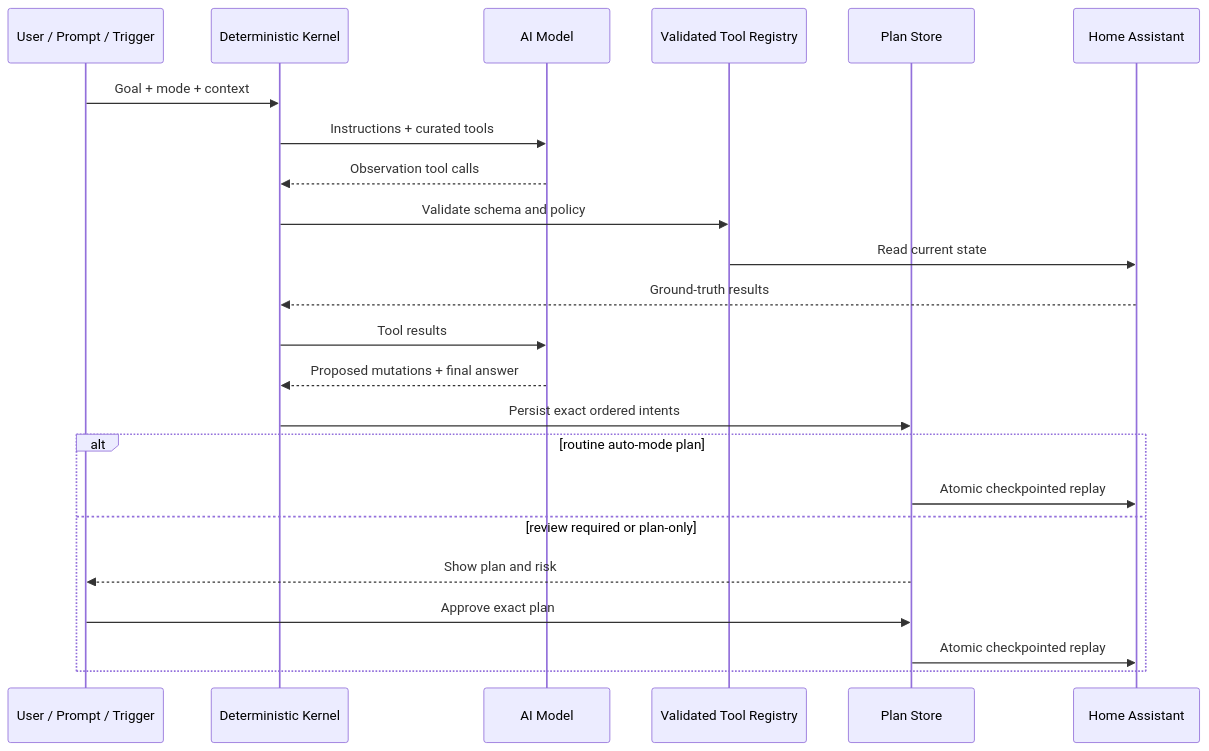
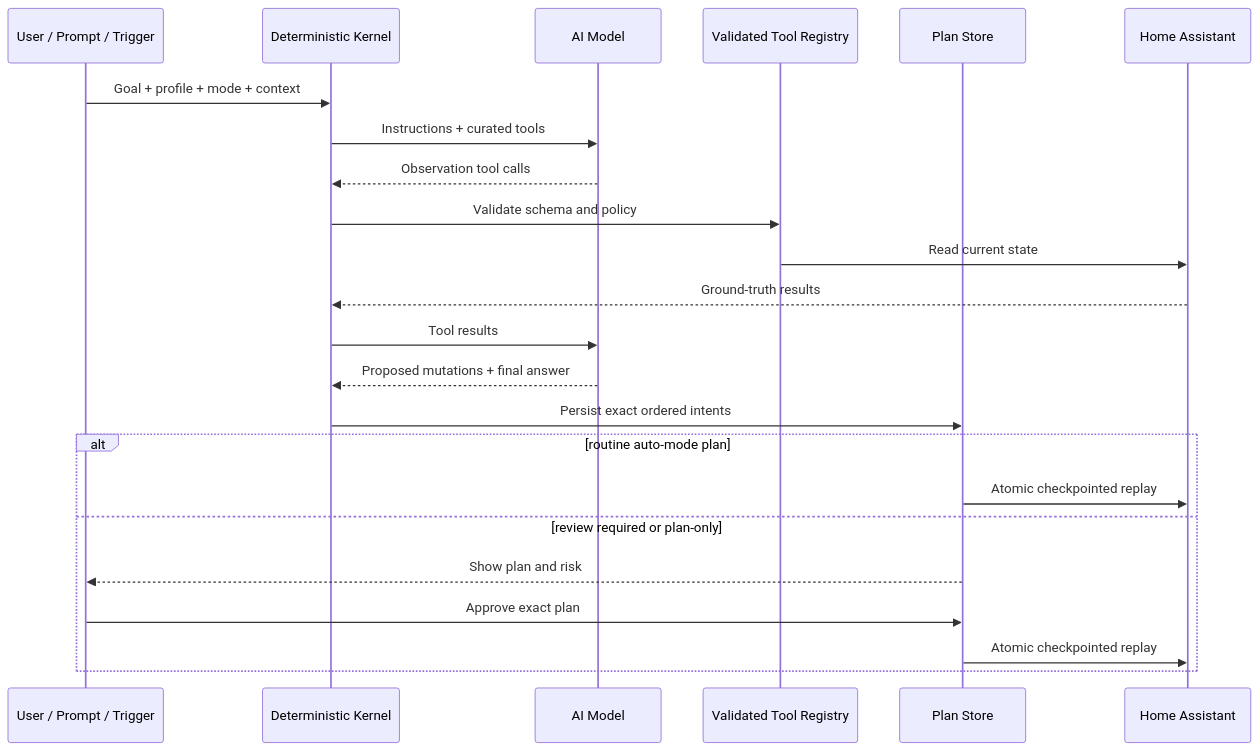
Before and after one commit to ITSpecialist111/HASS-AI-Orchestrator: the first of 2 diagrams in README.md, drawn with Mermaid. The commit also changed other lines of this file and 50 other files, not shown here.

````diff
--- a/README.md
+++ b/README.md
@@ -196,26 +193,26 @@
 ```mermaid
 sequenceDiagram
     participant U as User / Prompt / Trigger
     participant K as Deterministic Kernel
     participant M as AI Model
     participant T as Validated Tool Registry
     participant P as Plan Store
     participant H as Home Assistant
 
-    U->>K: Goal + mode + context
+    U->>K: Goal + profile + mode + context
     K->>M: Instructions + curated tools
     M-->>K: Observation tool calls
     K->>T: Validate schema and policy
     T->>H: Read current state
     H-->>K: Ground-truth results
     K->>M: Tool results
     M-->>K: Proposed mutations + final answer
     K->>P: Persist exact ordered intents
     alt routine auto-mode plan
         P->>H: Atomic checkpointed replay
     else review required or plan-only
         P-->>U: Show plan and risk
         U->>P: Approve exact plan
         P->>H: Atomic checkpointed replay
     end
 ```
````
